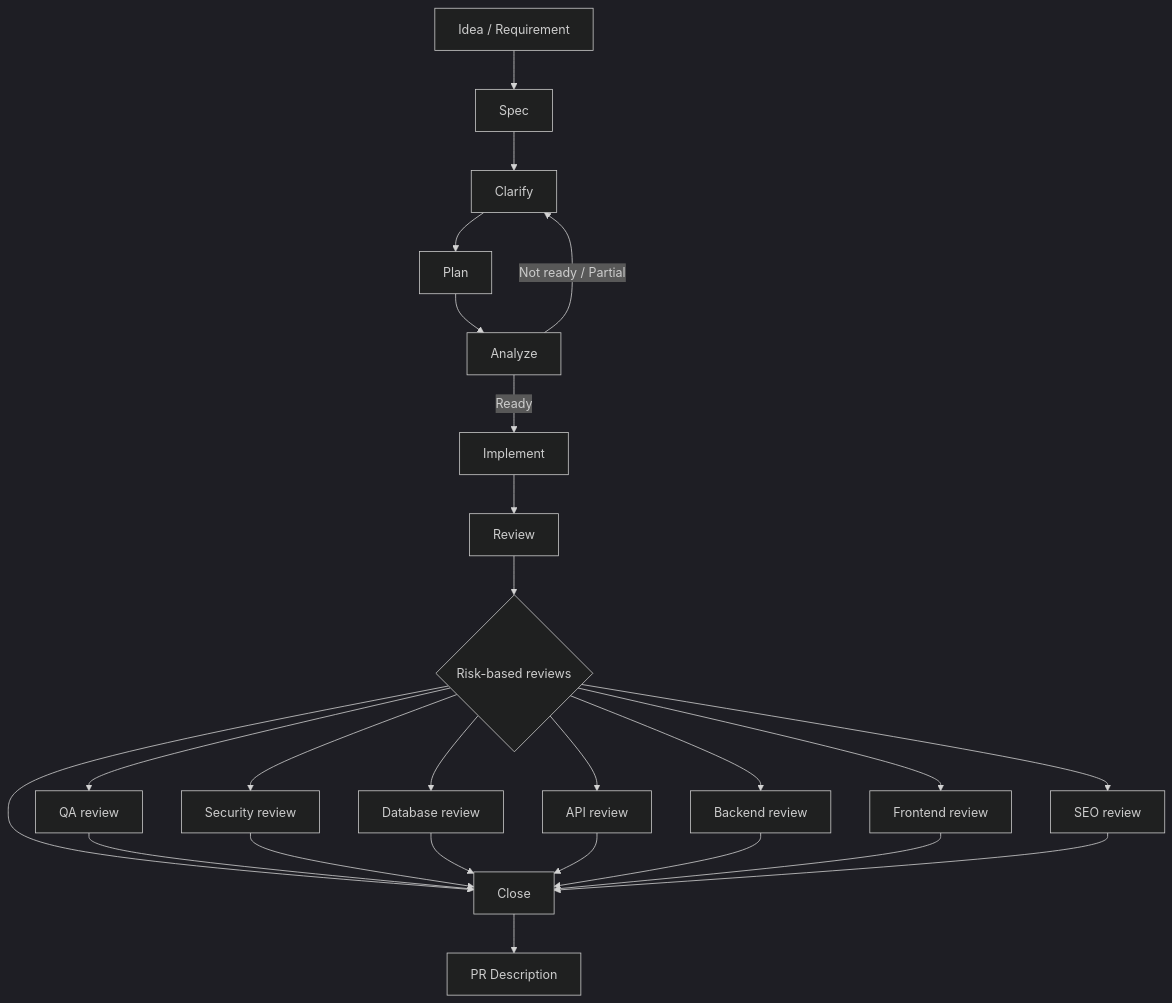
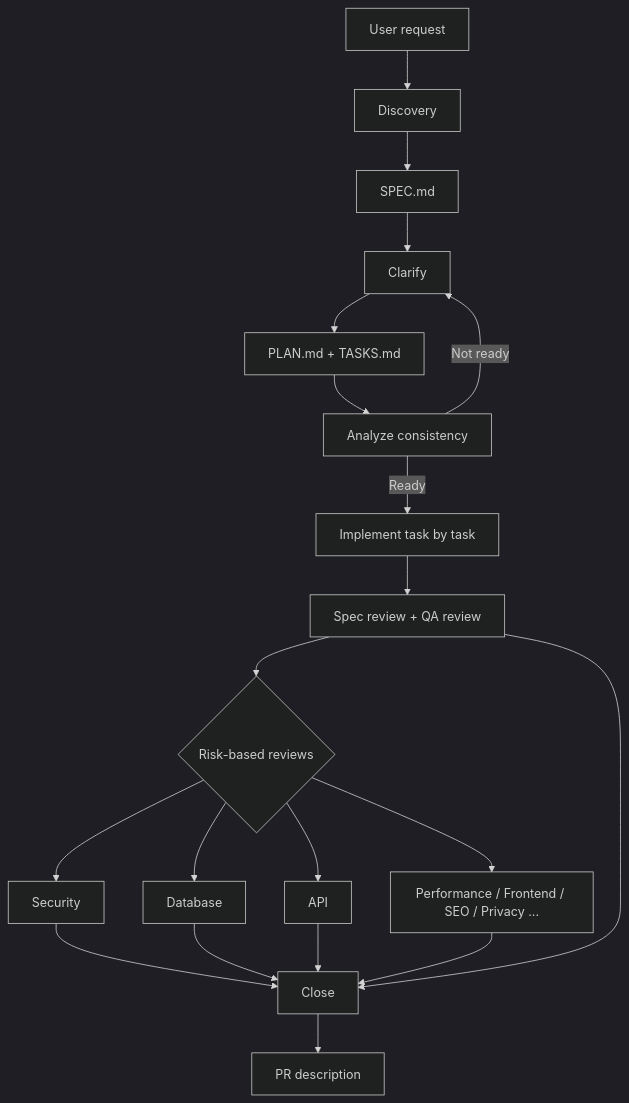
One commit to manujc00005/spec-driven-development changed the diagram in README.md. Above: the diagram before and after it, drawn with Mermaid (dark theme). The commit also changed other lines of this file and 40 other files, not shown here.

````diff
--- a/README.md
+++ b/README.md
@@ -30,27 +103,22 @@
 ```mermaid
 flowchart TD
-    A[Idea / Requirement] --> B[Spec]
-    B --> C[Clarify]
-    C --> D[Plan]
-    D --> E[Analyze]
-    E -- Ready --> F[Implement]
-    E -- Not ready / Partial --> C
-    F --> G[Review]
-    G --> H{Risk-based reviews}
-    H --> R1[QA review]
-    H --> R2[Security review]
-    H --> R3[Database review]
-    H --> R4[API review]
-    H --> R5[Backend review]
-    H --> R6[Frontend review]
-    H --> R7[SEO review]
-    H --> I[Close]
-    R1 --> I
-    R2 --> I
-    R3 --> I
-    R4 --> I
-    R5 --> I
-    R6 --> I
-    R7 --> I
-    I --> J[PR Description]
+    A[User request] --> B[Discovery]
+    B --> C[SPEC.md]
+    C --> D[Clarify]
+    D --> E[PLAN.md + TASKS.md]
+    E --> F[Analyze consistency]
+    F -- Ready --> G[Implement task by task]
+    F -- Not ready --> D
+    G --> H[Spec review + QA review]
+    H --> I{Risk-based reviews}
+    I --> R1[Security]
+    I --> R2[Database]
+    I --> R3[API]
+    I --> R4[Performance / Frontend / SEO / Privacy ...]
+    R1 --> J[Close]
+    R2 --> J
+    R3 --> J
+    R4 --> J
+    H --> J
+    J --> K[PR description]
 ```
````
